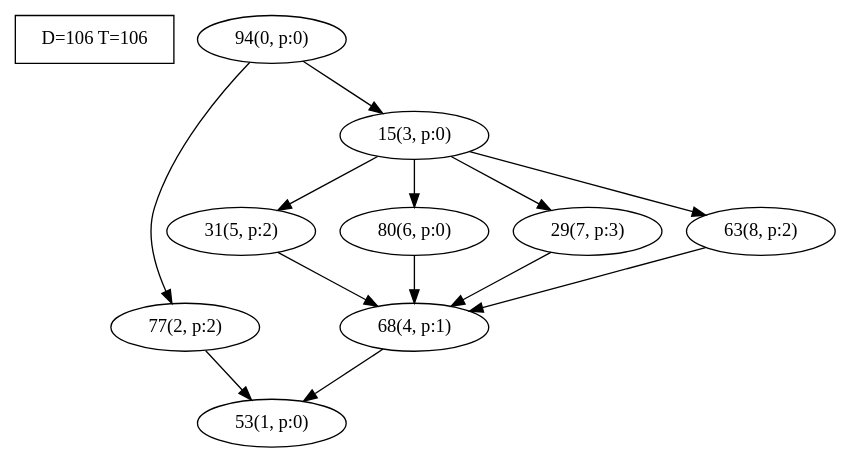
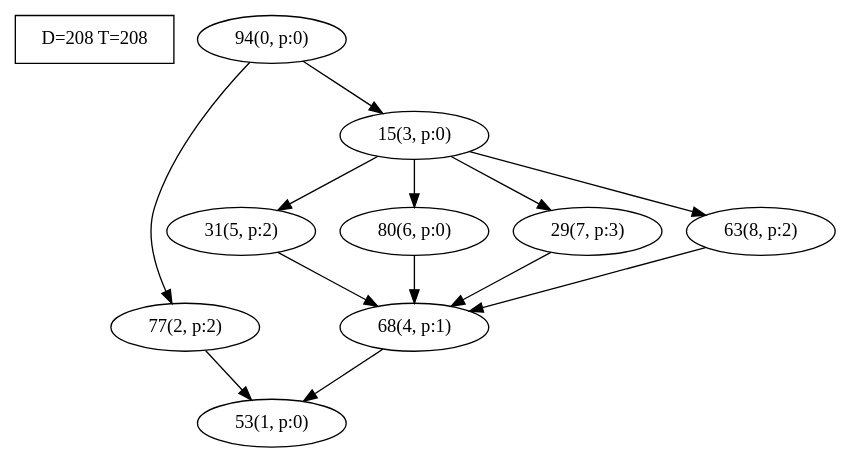
The diagram in res/generated_dags/taskset_46/task_0.dot (gzqx/global-dag-randomization), drawn with Graphviz before and after one commit. The commit also changed 119 other files, not shown here.

```diff
--- a/res/generated_dags/taskset_46/task_0.dot
+++ b/res/generated_dags/taskset_46/task_0.dot
@@ -1,24 +1,24 @@
 digraph Task {
-i [shape=box, label="D=106 T=106"]; 
+i [shape=box, label="D=208 T=208"]; 
 0 [label="94(0, p:0)"];
 1 [label="53(1, p:0)"];
 2 [label="77(2, p:2)"];
 3 [label="15(3, p:0)"];
 4 [label="68(4, p:1)"];
 5 [label="31(5, p:2)"];
 6 [label="80(6, p:0)"];
 7 [label="29(7, p:3)"];
 8 [label="63(8, p:2)"];
 0 -> 2;
 0 -> 3;
 2 -> 1;
 3 -> 5;
 3 -> 6;
 3 -> 7;
 3 -> 8;
 4 -> 1;
 5 -> 4;
 6 -> 4;
 7 -> 4;
 8 -> 4;
 }
```
